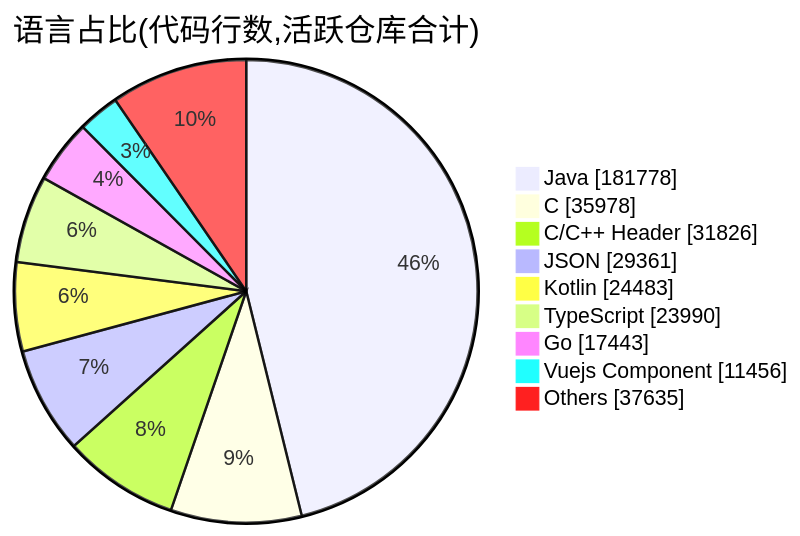
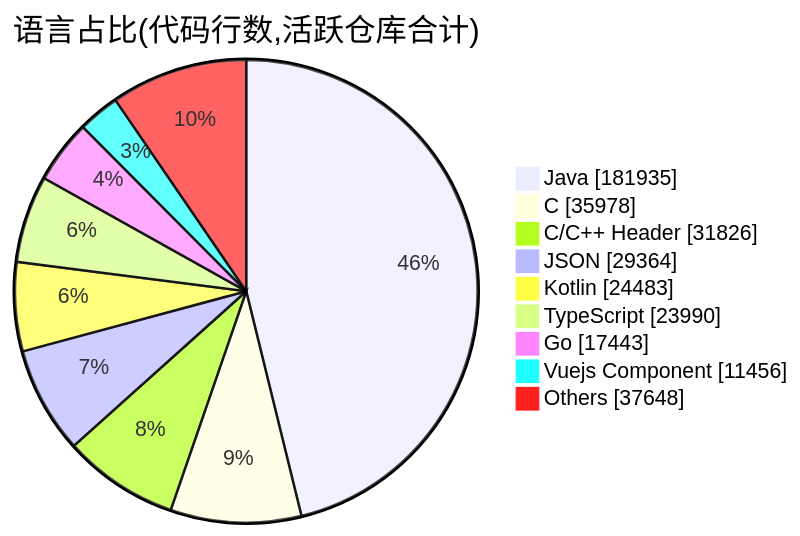
Before and after one commit to Conflux-Union/.github: the second of 2 diagrams in profile/README.md, drawn with Mermaid. The commit also changed other lines of this file and 1 other file, not shown here.

````diff
--- a/profile/README.md
+++ b/profile/README.md
@@ -81,13 +80,13 @@
 ```mermaid
 pie showData
     title 语言占比(代码行数,活跃仓库合计)
-    "Java" : 181778
+    "Java" : 181935
     "C" : 35978
     "C/C++ Header" : 31826
-    "JSON" : 29361
+    "JSON" : 29364
     "Kotlin" : 24483
     "TypeScript" : 23990
     "Go" : 17443
     "Vuejs Component" : 11456
-    "Others" : 37635
+    "Others" : 37648
 ```
````
